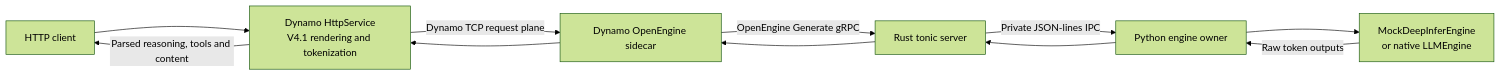
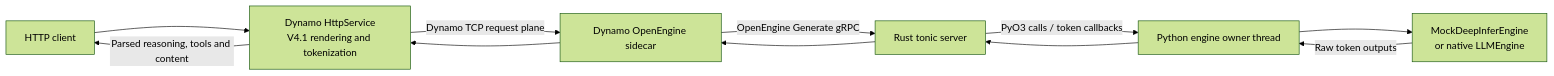
The diagram in examples/backends/deepinfer/README.md (ai-dynamo/dynamo), drawn with Mermaid (forest theme) before and after one commit. The commit also changed other lines of this file and 15 other files, not shown here.

First line of the commit message:
refactor(examples): host DeepInfer OpenEngine in Python

````diff
--- a/examples/backends/deepinfer/README.md
+++ b/examples/backends/deepinfer/README.md
@@ -20,13 +20,13 @@
 ```mermaid
 flowchart LR
     Client[HTTP client] --> Frontend[Dynamo HttpService\nV4.1 rendering and tokenization]
     Frontend -->|Dynamo TCP request plane| Sidecar[Dynamo OpenEngine sidecar]
     Sidecar -->|OpenEngine Generate gRPC| Server[Rust tonic server]
-    Server -->|Private JSON-lines IPC| Driver[Python engine owner]
+    Server -->|PyO3 calls / token callbacks| Driver[Python engine owner thread]
     Driver --> Engine[MockDeepInferEngine\nor native LLMEngine]
     Engine -->|Raw token outputs| Driver
     Driver --> Server
     Server --> Sidecar
     Sidecar --> Frontend
     Frontend -->|Parsed reasoning, tools and content| Client
 ```
````
